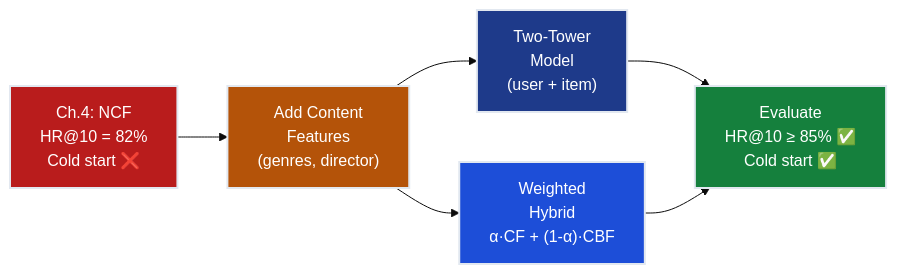
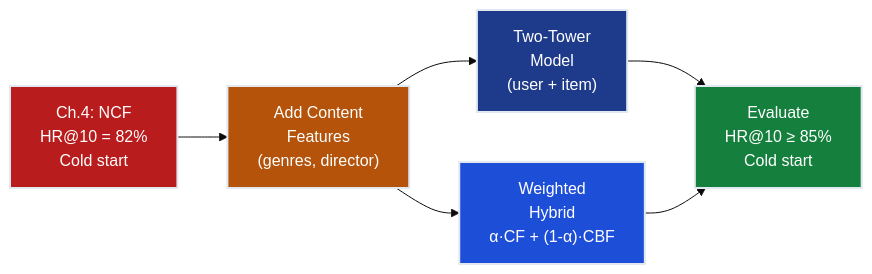
One commit to dsgouda7/ai-portfolio changed the first of 3 diagrams in notes/01-ml/04-recommender-systems/ch05_hybrid_systems/README.md. Above: the diagram before and after it, drawn with Mermaid (base theme). The commit also changed other lines of this file and 179 other files, not shown here.

````diff
--- a/notes/01-ml/04-recommender-systems/ch05_hybrid_systems/README.md
+++ b/notes/01-ml/04-recommender-systems/ch05_hybrid_systems/README.md
@@ -41,14 +41,14 @@
 ```mermaid
 flowchart LR
-    NCF["Ch.4: NCF\nHR@10 = 82%\nCold start ❌"] --> CONTENT["Add Content\nFeatures\n(genres, director)"]
-    CONTENT --> WTOWER["Two-Tower\nModel\n(user + item)"]
-    CONTENT --> WHYBRID["Weighted\nHybrid\nα·CF + (1-α)·CBF"]
-    WTOWER --> EVAL["Evaluate\nHR@10 ≥ 85% ✅\nCold start ✅"]
-    WHYBRID --> EVAL
+ NCF["Ch.4: NCF\nHR@10 = 82%\nCold start "] --> CONTENT["Add Content\nFeatures\n(genres, director)"]
+ CONTENT --> WTOWER["Two-Tower\nModel\n(user + item)"]
+ CONTENT --> WHYBRID["Weighted\nHybrid\nα·CF + (1-α)·CBF"]
+ WTOWER --> EVAL["Evaluate\nHR@10 ≥ 85% \nCold start "]
+ WHYBRID --> EVAL
 
-    style NCF fill:#b91c1c,stroke:#e2e8f0,stroke-width:2px,color:#ffffff
-    style CONTENT fill:#b45309,stroke:#e2e8f0,stroke-width:2px,color:#ffffff
-    style WTOWER fill:#1e3a8a,stroke:#e2e8f0,stroke-width:2px,color:#ffffff
-    style WHYBRID fill:#1d4ed8,stroke:#e2e8f0,stroke-width:2px,color:#ffffff
-    style EVAL fill:#15803d,stroke:#e2e8f0,stroke-width:2px,color:#ffffff
+ style NCF fill:#b91c1c,stroke:#e2e8f0,stroke-width:2px,color:#ffffff
+ style CONTENT fill:#b45309,stroke:#e2e8f0,stroke-width:2px,color:#ffffff
+ style WTOWER fill:#1e3a8a,stroke:#e2e8f0,stroke-width:2px,color:#ffffff
+ style WHYBRID fill:#1d4ed8,stroke:#e2e8f0,stroke-width:2px,color:#ffffff
+ style EVAL fill:#15803d,stroke:#e2e8f0,stroke-width:2px,color:#ffffff
 ```
````
